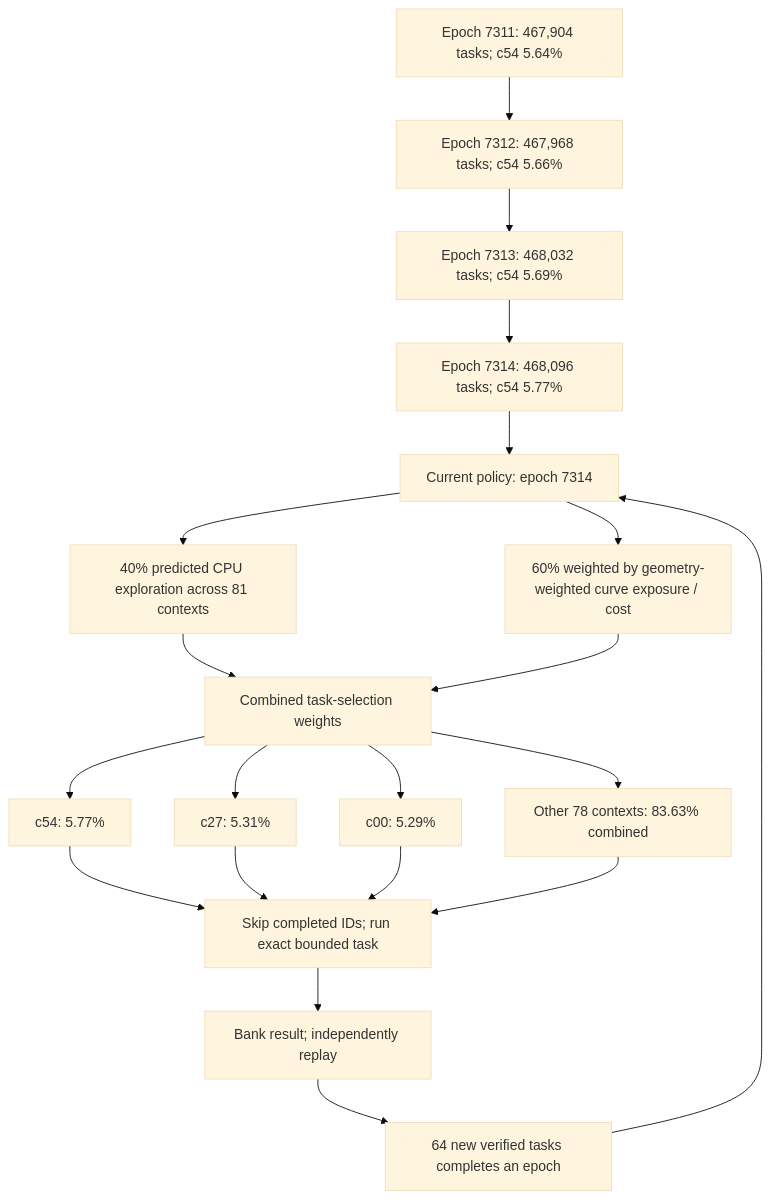
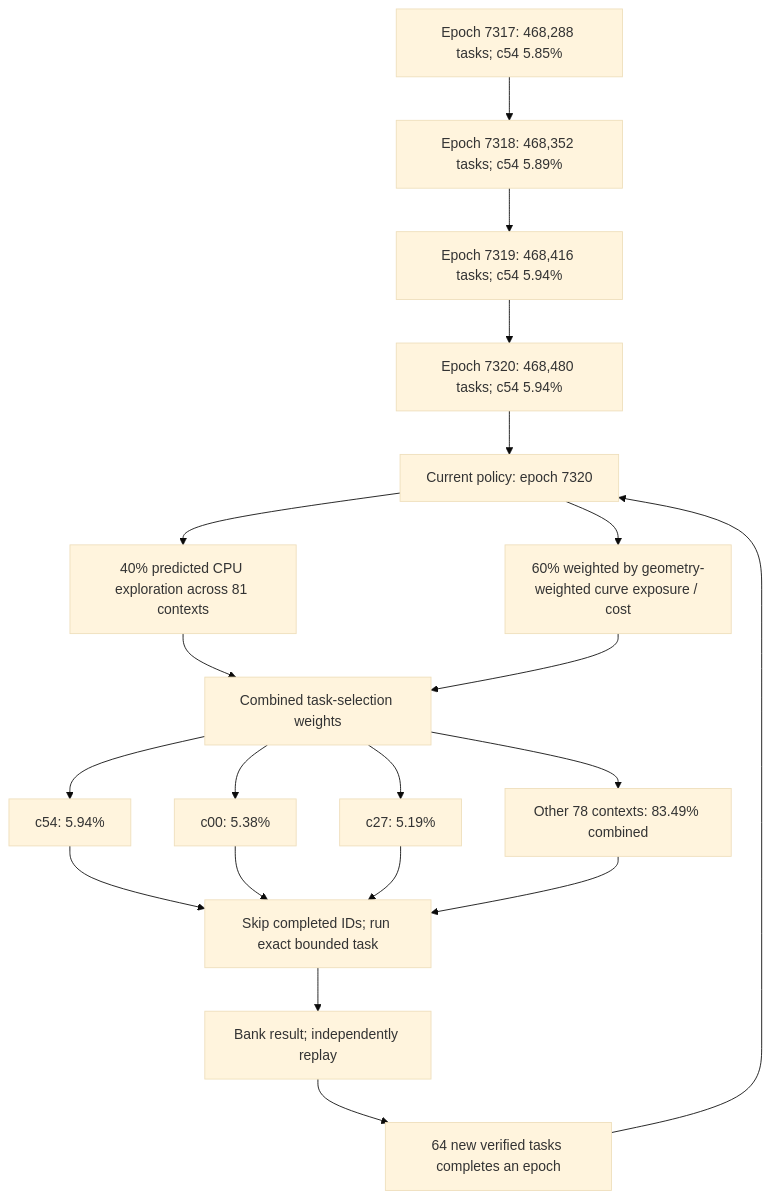
The first of 4 diagrams in README.md (Kuberwastaken/math-gambling), drawn with Mermaid (base theme) before and after one commit. The commit also changed other lines of this file and 1930 other files, not shown here.

````diff
--- a/README.md
+++ b/README.md
@@ -60,27 +60,27 @@
 ```mermaid
 flowchart TD
-    H0["Epoch 7311: 467,904 tasks; c54 5.64%"]
-    H1["Epoch 7312: 467,968 tasks; c54 5.66%"]
+    H0["Epoch 7317: 468,288 tasks; c54 5.85%"]
+    H1["Epoch 7318: 468,352 tasks; c54 5.89%"]
     H0 --> H1
-    H2["Epoch 7313: 468,032 tasks; c54 5.69%"]
+    H2["Epoch 7319: 468,416 tasks; c54 5.94%"]
     H1 --> H2
-    H3["Epoch 7314: 468,096 tasks; c54 5.77%"]
+    H3["Epoch 7320: 468,480 tasks; c54 5.94%"]
     H2 --> H3
-    Policy["Current policy: epoch 7314"]
+    Policy["Current policy: epoch 7320"]
     H3 --> Policy
     Policy --> Explore["40% predicted CPU exploration across 81 contexts"]
     Policy --> Cost["60% weighted by geometry-weighted curve exposure / cost"]
     Explore --> Mix["Combined task-selection weights"]
     Cost --> Mix
-    Mix --> C0["c54: 5.77%"]
-    Mix --> C1["c27: 5.31%"]
-    Mix --> C2["c00: 5.29%"]
-    Mix --> Rest["Other 78 contexts: 83.63% combined"]
+    Mix --> C0["c54: 5.94%"]
+    Mix --> C1["c00: 5.38%"]
+    Mix --> C2["c27: 5.19%"]
+    Mix --> Rest["Other 78 contexts: 83.49% combined"]
     C0 --> Check["Skip completed IDs; run exact bounded task"]
     C1 --> Check
     C2 --> Check
     Rest --> Check
     Check --> Replay["Bank result; independently replay"]
     Replay --> Gate["64 new verified tasks completes an epoch"]
     Gate --> Policy
 ```
````
